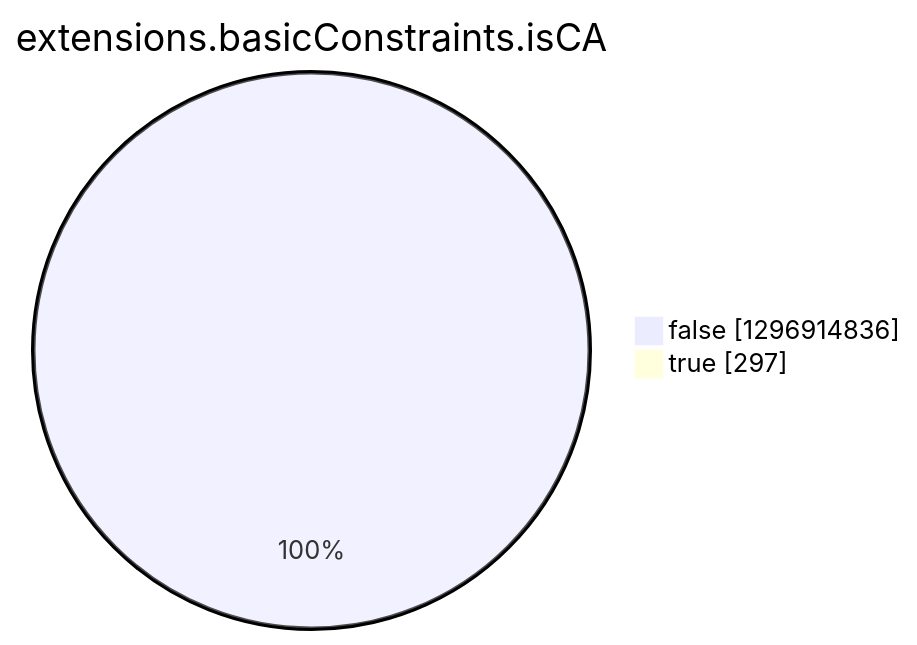
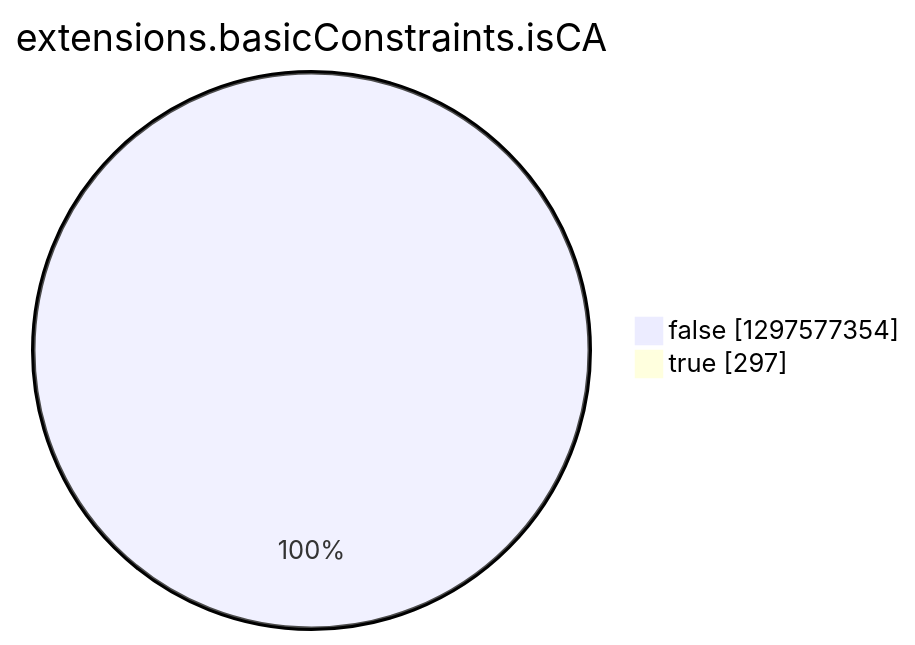
One commit to christiankrug/ctmonitor_visualization changed the eighth of 15 diagrams in argon2022/README.md. Above: the diagram before and after it, drawn with Mermaid. The commit also changed other lines of this file, not shown here.

````diff
--- a/argon2022/README.md
+++ b/argon2022/README.md
@@ -2757,6 +2757,6 @@
 ```mermaid
 pie showData
 title extensions.basicConstraints.isCA
-"false" :1296914836
+"false" :1297577354
 "true" :297
 ```
````
